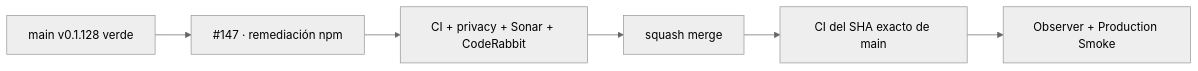
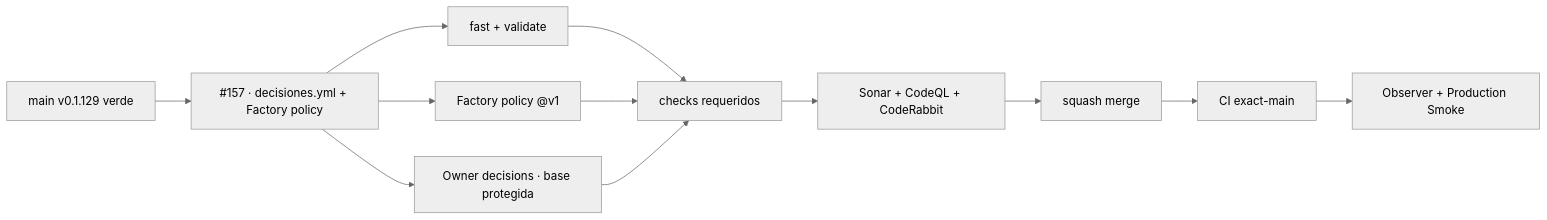
One commit to pl0n3r/GrindFlow changed the diagram in README.md. Above: the diagram before and after it, drawn with Mermaid (neutral theme). The commit also changed other lines of this file and 9 other files, not shown here.

First line of the commit message:
infra: adoptar decisiones y política Factory v1 (V 0.1.130)

````diff
--- a/README.md
+++ b/README.md
@@ -50,8 +47,14 @@
 ```mermaid
 flowchart LR
-  A["main v0.1.128 verde"] --> B["#147 · remediación npm"]
-  B --> C["CI + privacy + Sonar + CodeRabbit"]
-  C --> M["squash merge"]
-  M --> X["CI del SHA exacto de main"]
-  X --> P["Observer + Production Smoke"]
+  A["main v0.1.129 verde"] --> P["#157 · decisiones.yml + Factory policy"]
+  P --> F["fast + validate"]
+  P --> K["Factory policy @v1"]
+  P --> O["Owner decisions · base protegida"]
+  F --> Q["checks requeridos"]
+  K --> Q
+  O --> Q
+  Q --> R["Sonar + CodeQL + CodeRabbit"]
+  R --> M["squash merge"]
+  M --> X["CI exact-main"]
+  X --> S["Observer + Production Smoke"]
 ```
````
